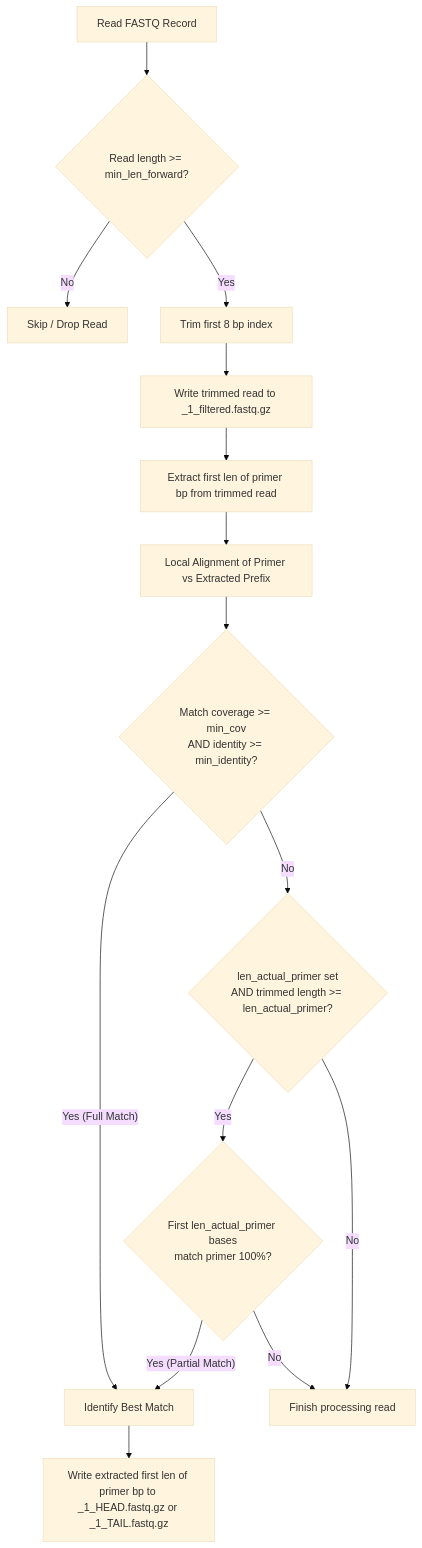
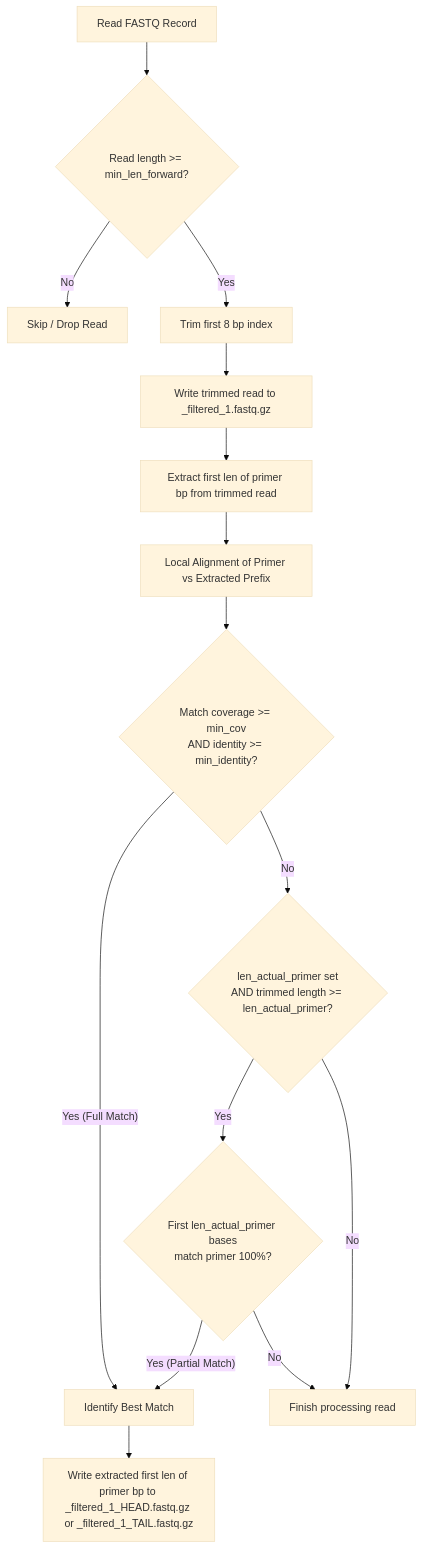
The diagram in .context/algorithms.md (molepi-oucru/islan), drawn with Mermaid (base theme) before and after one commit. The commit also changed other lines of this file and 6 other files, not shown here.

````diff
--- a/.context/algorithms.md
+++ b/.context/algorithms.md
@@ -31,17 +31,17 @@
 ```mermaid
 flowchart TD
     Start[Read FASTQ Record] --> LenCheck{Read length >= min_len_forward?}
     LenCheck -- No --> Skip[Skip / Drop Read]
     LenCheck -- Yes --> Trim[Trim first 8 bp index]
-    Trim --> WriteFilt[Write trimmed read to _1_filtered.fastq.gz]
+    Trim --> WriteFilt[Write trimmed read to _filtered_1.fastq.gz]
     WriteFilt --> ExtractPrefix[Extract first len of primer bp from trimmed read]
     ExtractPrefix --> Align[Local Alignment of Primer vs Extracted Prefix]
     Align --> CheckC1{Match coverage >= min_cov\nAND identity >= min_identity?}
     CheckC1 -- Yes (Full Match) --> SaveBest[Identify Best Match]
     CheckC1 -- No --> CheckRescue{len_actual_primer set\nAND trimmed length >= len_actual_primer?}
     CheckRescue -- Yes --> CheckExact{First len_actual_primer bases\nmatch primer 100%?}
     CheckRescue -- No --> Done[Finish processing read]
     CheckExact -- Yes (Partial Match) --> SaveBest
     CheckExact -- No --> Done
-    SaveBest --> WriteMatch[Write extracted first len of primer bp to _1_HEAD.fastq.gz or _1_TAIL.fastq.gz]
+    SaveBest --> WriteMatch[Write extracted first len of primer bp to _filtered_1_HEAD.fastq.gz or _filtered_1_TAIL.fastq.gz]
 ```
````
